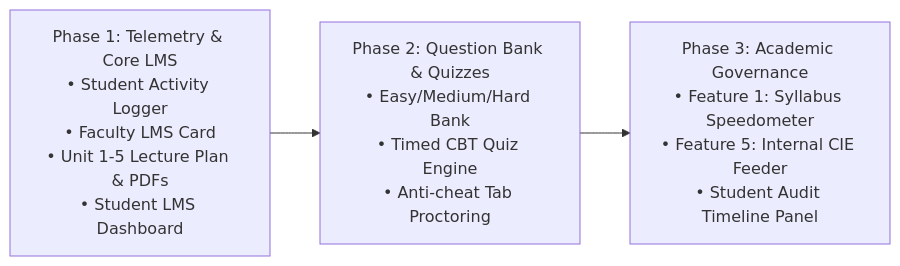
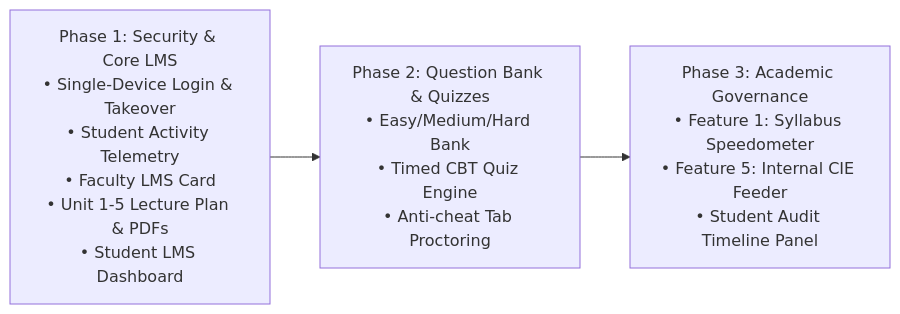
The third of 3 diagrams in lms-data.md (saran-neralla7/gvpihlr), drawn with Mermaid before and after one commit. The commit also changed other lines of this file, not shown here.

Commit message:
Add single-device login policy and session takeover prompt to lms-data.md

````diff
--- a/lms-data.md
+++ b/lms-data.md
@@ -331,6 +406,6 @@
 ```mermaid
 flowchart LR
-    P1["Phase 1: Telemetry & Core LMS<br/>• Student Activity Logger<br/>• Faculty LMS Card<br/>• Unit 1-5 Lecture Plan & PDFs<br/>• Student LMS Dashboard"] 
+    P1["Phase 1: Security & Core LMS<br/>• Single-Device Login & Takeover<br/>• Student Activity Telemetry<br/>• Faculty LMS Card<br/>• Unit 1-5 Lecture Plan & PDFs<br/>• Student LMS Dashboard"] 
     --> P2["Phase 2: Question Bank & Quizzes<br/>• Easy/Medium/Hard Bank<br/>• Timed CBT Quiz Engine<br/>• Anti-cheat Tab Proctoring"]
     --> P3["Phase 3: Academic Governance<br/>• Feature 1: Syllabus Speedometer<br/>• Feature 5: Internal CIE Feeder<br/>• Student Audit Timeline Panel"]
 ```
````
